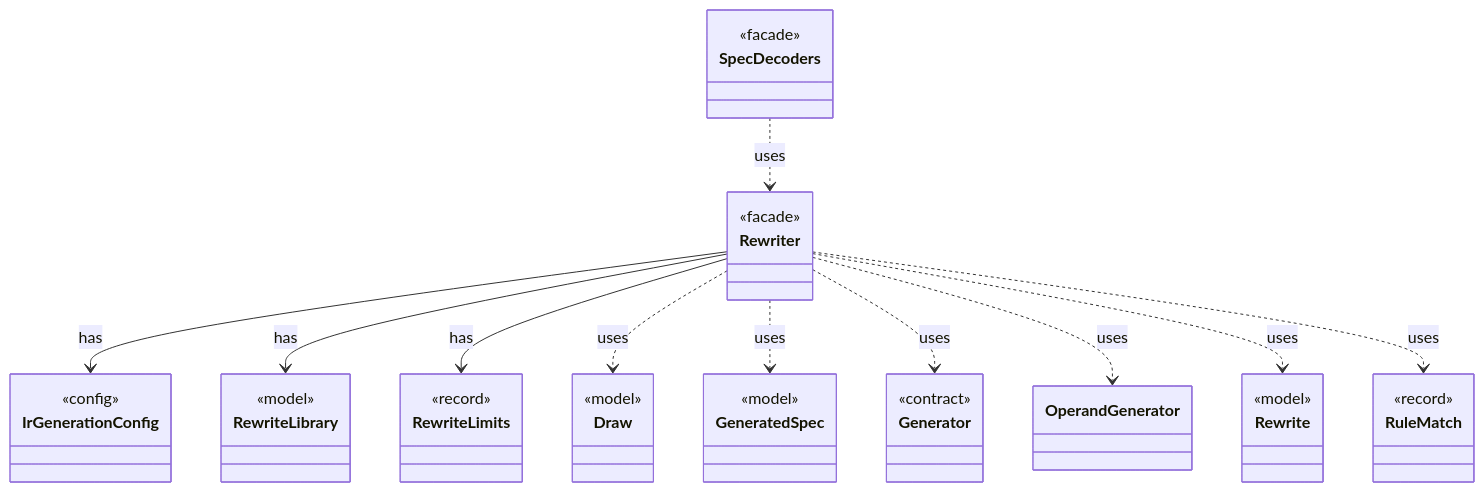
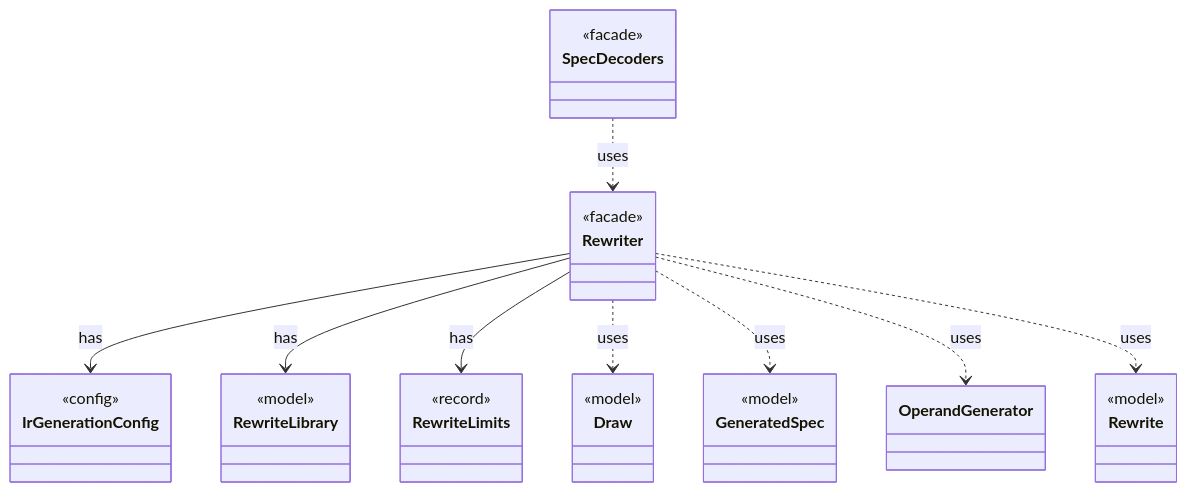
One commit to tlaplus/model-checker-hardening changed the diagram in dev/types/io.github.tlaplus.hardening.gen.rewrite.Rewriter.md. Above: the diagram before and after it, drawn with Mermaid. The commit also changed other lines of this file and 405 other files, not shown here.

````diff
--- a/dev/types/io.github.tlaplus.hardening.gen.rewrite.Rewriter.md
+++ b/dev/types/io.github.tlaplus.hardening.gen.rewrite.Rewriter.md
@@ -9,44 +9,36 @@
 ```mermaid
 classDiagram
   class Rewriter {
     <<facade>>
   }
   class IrGenerationConfig {
     <<config>>
   }
   class RewriteLibrary {
     <<model>>
   }
   class RewriteLimits {
     <<record>>
   }
   class Draw {
     <<model>>
   }
   class GeneratedSpec {
     <<model>>
   }
-  class Generator {
-    <<contract>>
-  }
   class OperandGenerator
   class Rewrite {
     <<model>>
-  }
-  class RuleMatch {
-    <<record>>
   }
   class SpecDecoders {
     <<facade>>
   }
   Rewriter --> IrGenerationConfig : has
   Rewriter --> RewriteLibrary : has
   Rewriter --> RewriteLimits : has
   Rewriter ..> Draw : uses
   Rewriter ..> GeneratedSpec : uses
-  Rewriter ..> Generator : uses
   Rewriter ..> OperandGenerator : uses
   Rewriter ..> Rewrite : uses
-  Rewriter ..> RuleMatch : uses
   SpecDecoders ..> Rewriter : uses
 ```
````
